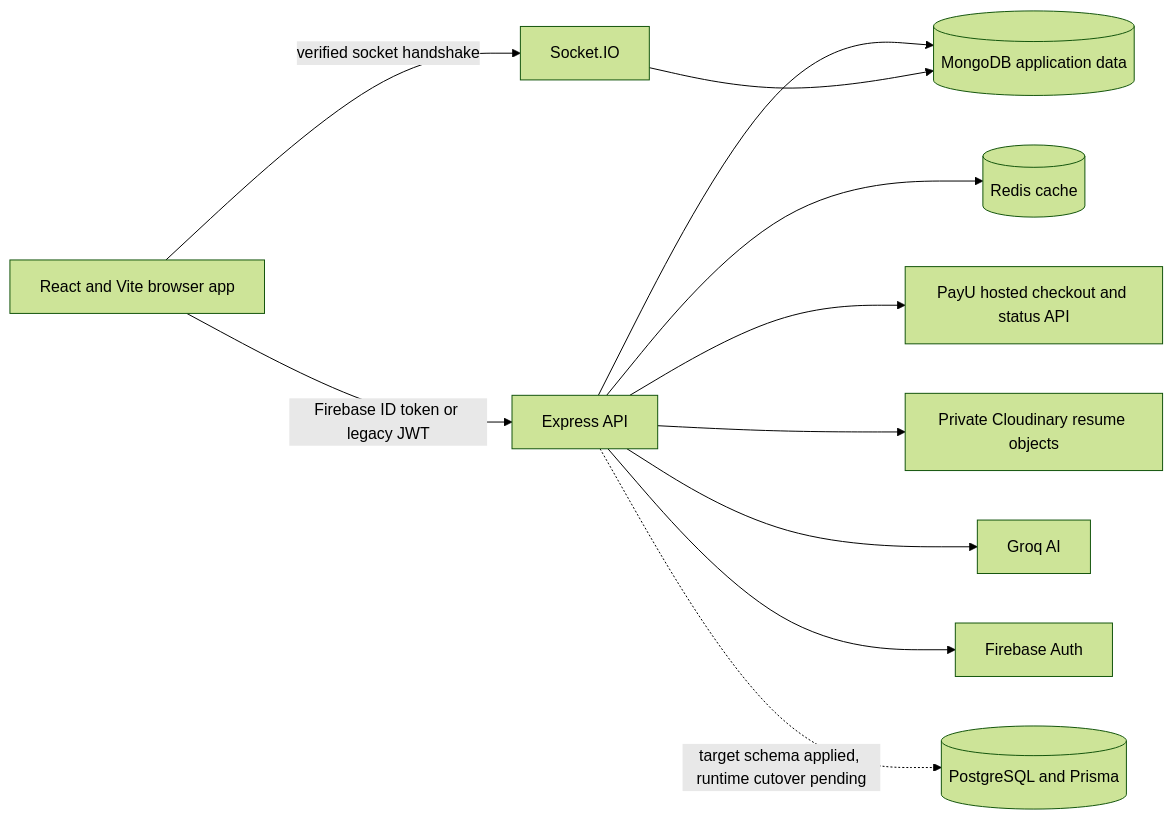
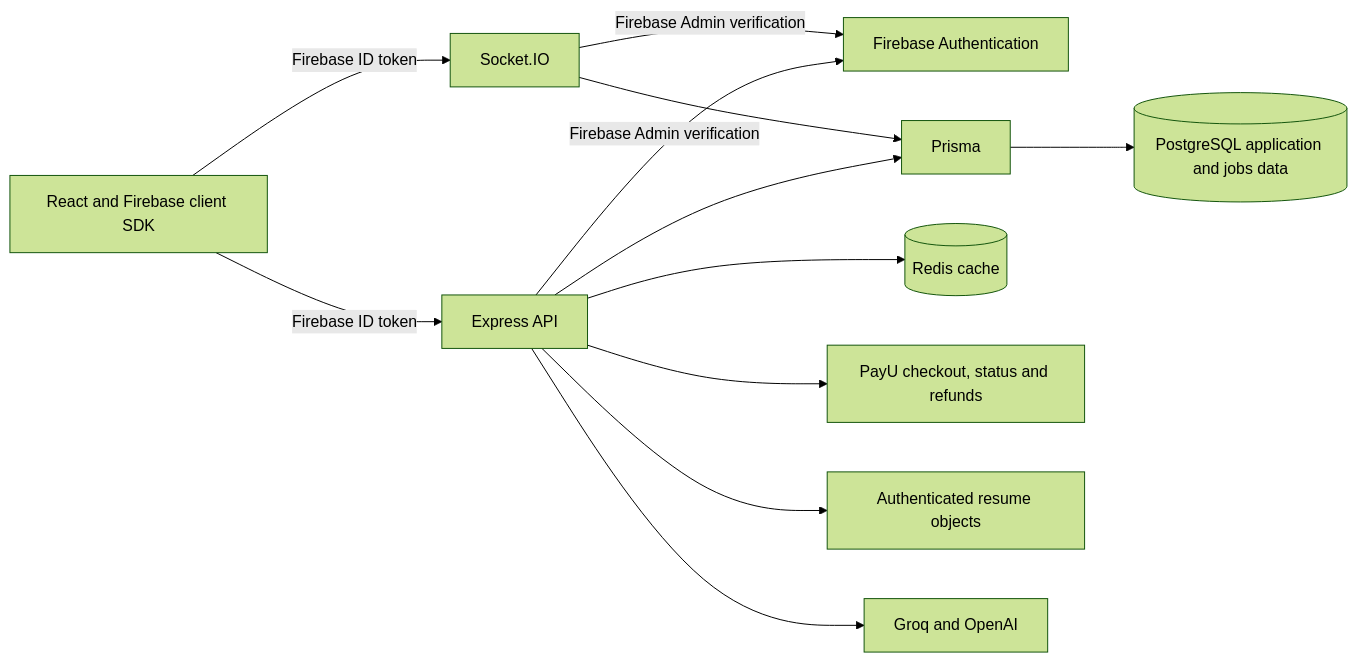
Before and after one commit to vishnu-vemula/interview-master: the diagram in docs/ARCHITECTURE.md, drawn with Mermaid (forest theme). The commit also changed other lines of this file and 137 other files, not shown here.

````diff
--- a/docs/ARCHITECTURE.md
+++ b/docs/ARCHITECTURE.md
@@ -5,13 +5,14 @@
 ```mermaid
 flowchart LR
-  Browser[React and Vite browser app] -->|Firebase ID token or legacy JWT| API[Express API]
-  Browser -->|verified socket handshake| Socket[Socket.IO]
-  API --> Mongo[(MongoDB application data)]
+  Browser[React and Firebase client SDK] -->|Firebase ID token| API[Express API]
+  Browser -->|Firebase ID token| Socket[Socket.IO]
+  API -->|Firebase Admin verification| Firebase[Firebase Authentication]
+  Socket -->|Firebase Admin verification| Firebase
+  API --> Prisma[Prisma]
+  Socket --> Prisma
+  Prisma --> Postgres[(PostgreSQL application and jobs data)]
   API --> Redis[(Redis cache)]
-  API --> PayU[PayU hosted checkout and status API]
-  API --> Cloudinary[Private Cloudinary resume objects]
-  API --> Groq[Groq AI]
-  API --> Firebase[Firebase Auth]
-  API -. target schema applied, runtime cutover pending .-> Postgres[(PostgreSQL and Prisma)]
-  Socket --> Mongo
+  API --> PayU[PayU checkout, status and refunds]
+  API --> Cloudinary[Authenticated resume objects]
+  API --> AI[Groq and OpenAI]
 ```
````
